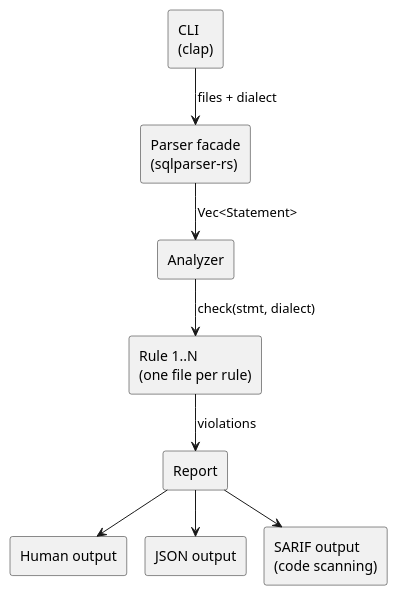
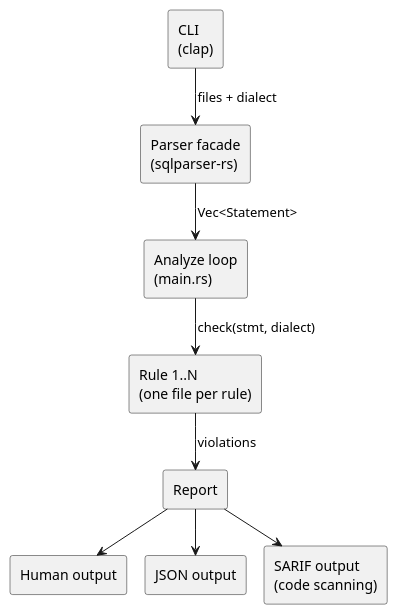
One commit to CLVwp/SastQL changed the diagram in docs/uml/components.puml. Above: the diagram before and after it, drawn with PlantUML. The commit also changed 17 other files, not shown here.

```diff
--- a/docs/uml/components.puml
+++ b/docs/uml/components.puml
@@ -1,21 +1,21 @@
 @startuml components
 !pragma layout smetana
 skinparam componentStyle rectangle
 
 component "CLI\n(clap)" as cli
 component "Parser facade\n(sqlparser-rs)" as parser
-component "Analyzer" as analyzer
+component "Analyze loop\n(main.rs)" as analyzer
 component "Rule 1..N\n(one file per rule)" as rules
 component "Report" as report
 component "Human output" as human
 component "JSON output" as json
 component "SARIF output\n(code scanning)" as sarif
 
 cli --> parser : files + dialect
 parser --> analyzer : Vec<Statement>
 analyzer --> rules : check(stmt, dialect)
 rules --> report : violations
 report --> human
 report --> json
 report --> sarif
 @enduml
```
